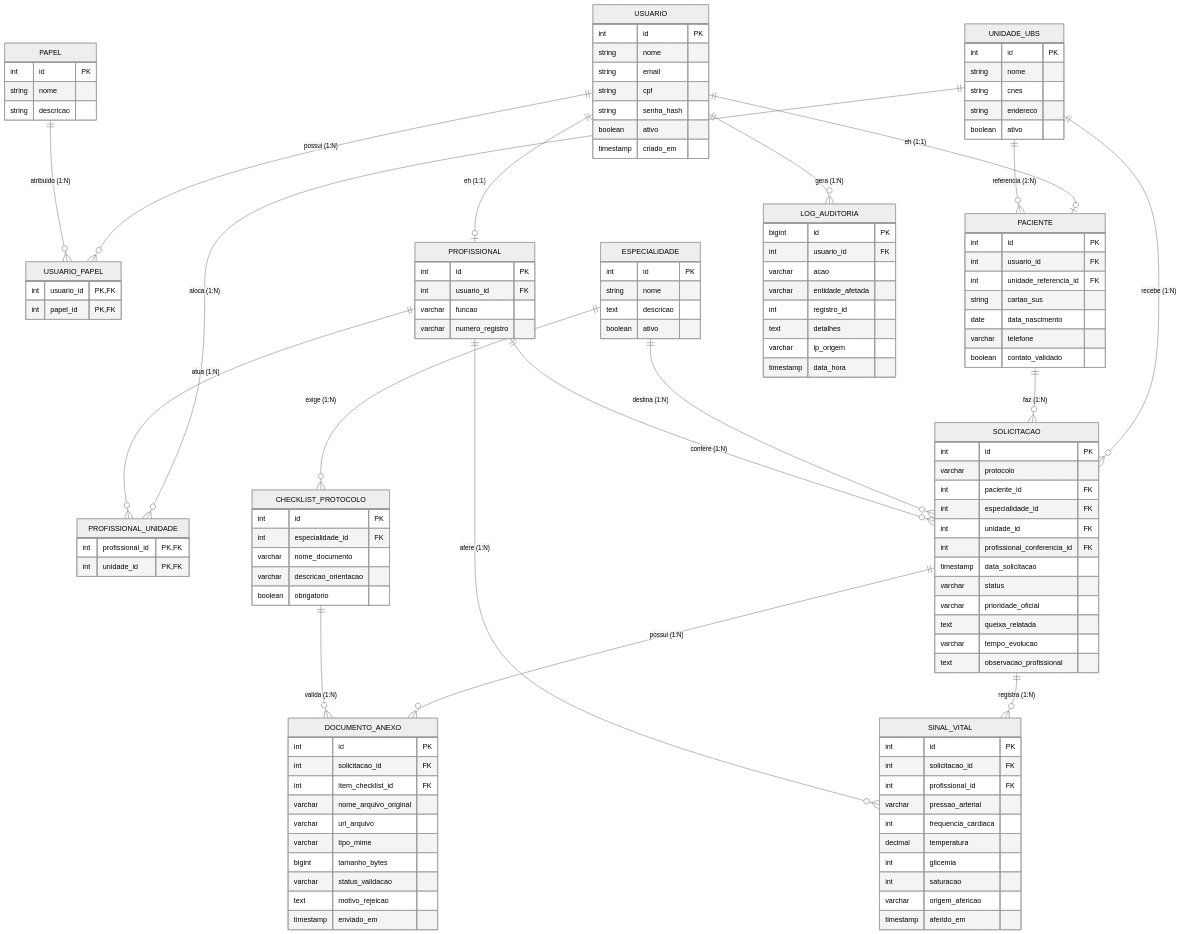
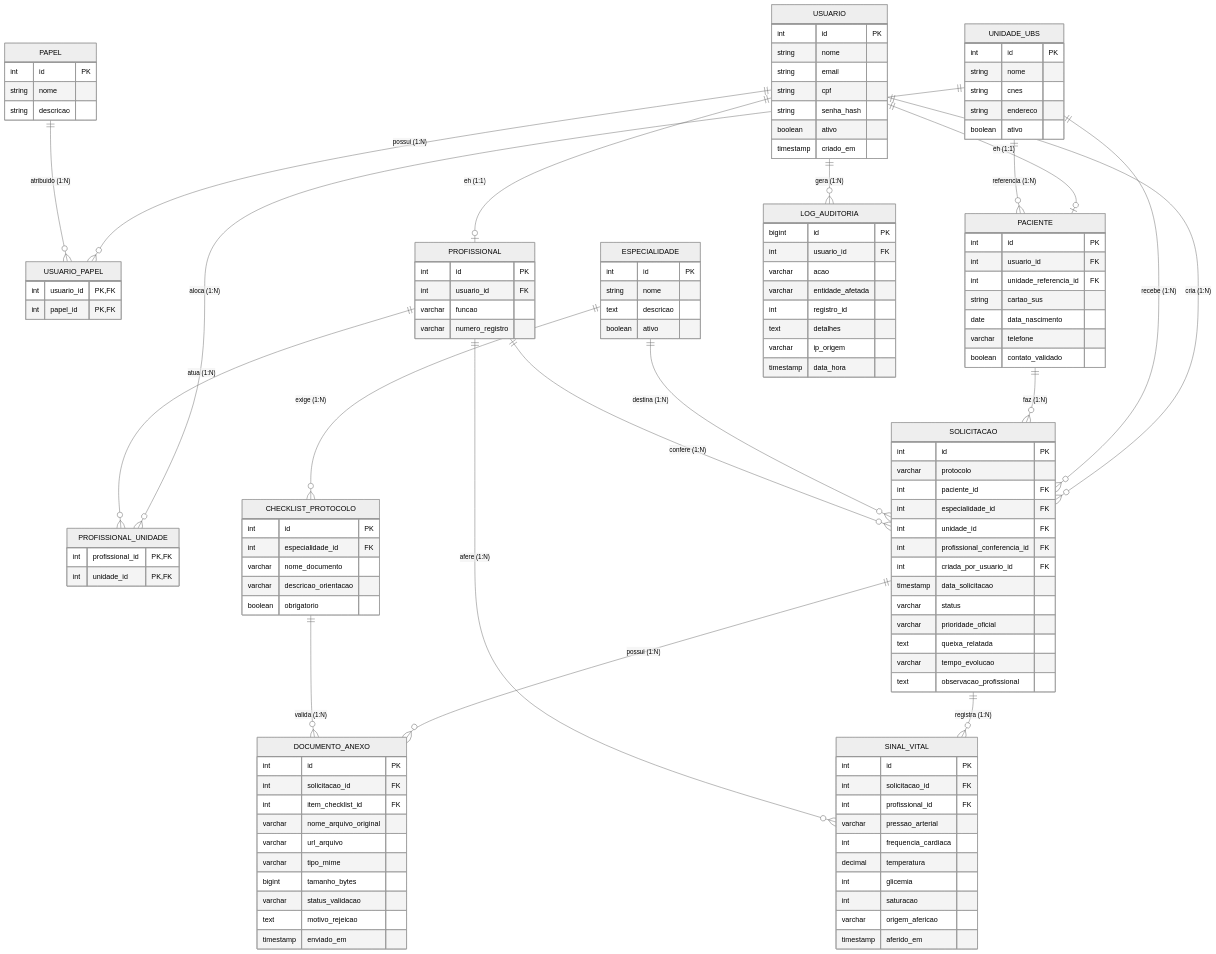
Before and after one commit to larissavlima7-cmd/TriaSus: the diagram in README.md, drawn with Mermaid (neutral theme). The commit also changed 25 other files, not shown here.

```diff
--- a/README.md
+++ b/README.md
@@ -129,6 +129,7 @@
         int especialidade_id FK
         int unidade_id FK
         int profissional_conferencia_id FK
+        int criada_por_usuario_id FK
         timestamp data_solicitacao
         varchar status
         varchar prioridade_oficial
@@ -181,6 +182,7 @@
     USUARIO ||--o| PACIENTE : "eh (1:1)"
     USUARIO ||--o| PROFISSIONAL : "eh (1:1)"
     USUARIO ||--o{ LOG_AUDITORIA : "gera (1:N)"
+    USUARIO ||--o{ SOLICITACAO : "cria (1:N)"
     UNIDADE_UBS ||--o{ PACIENTE : "referencia (1:N)"
     UNIDADE_UBS ||--o{ PROFISSIONAL_UNIDADE : "aloca (1:N)"
     PROFISSIONAL ||--o{ PROFISSIONAL_UNIDADE : "atua (1:N)"
```
